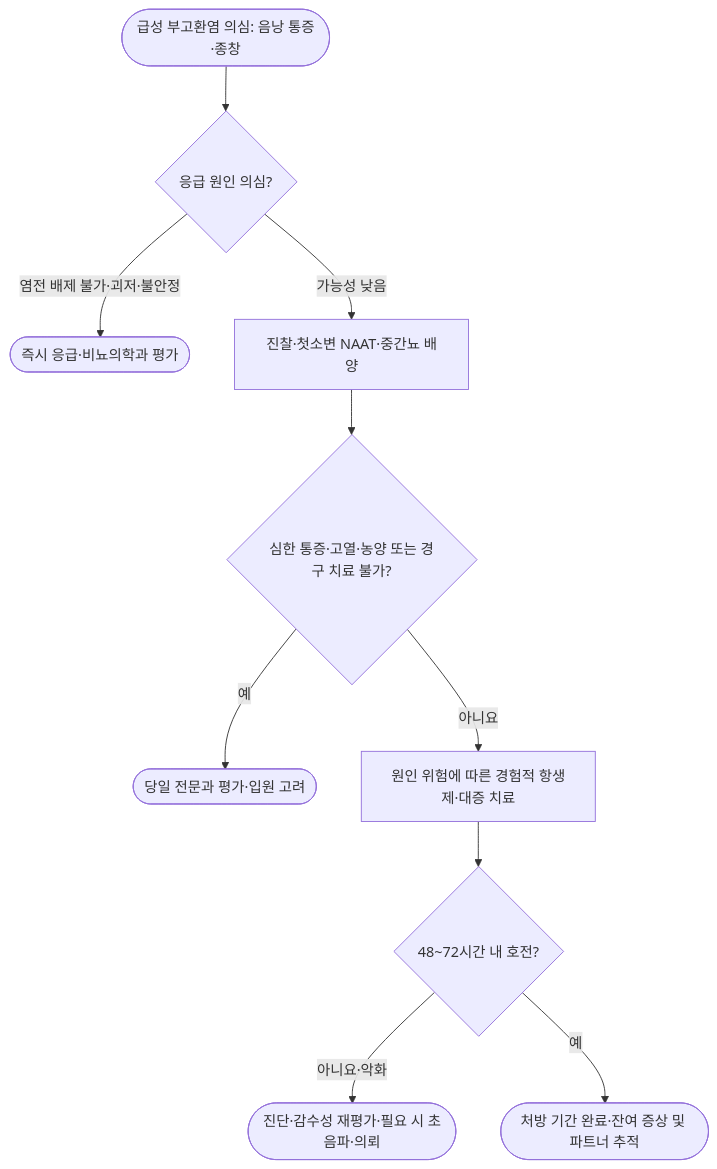
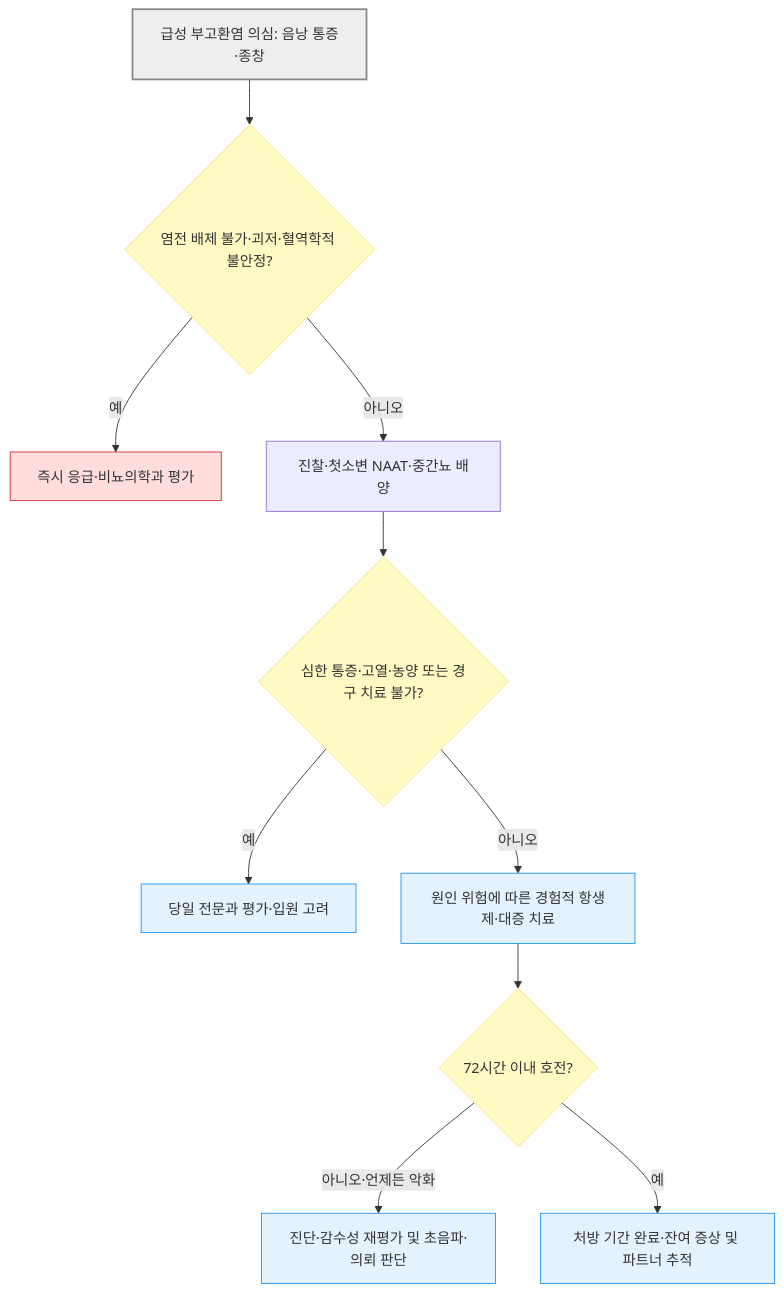
The diagram in 227_/121_-acute-epididymitis.md (familyoh77/familyoh77), drawn with Mermaid before and after one commit. The commit also changed other lines of this file and 5 other files, not shown here.

````diff
--- a/227_/121_-acute-epididymitis.md
+++ b/227_/121_-acute-epididymitis.md
@@ -102,12 +102,19 @@
 ```mermaid
 flowchart TD
-    Start([급성 부고환염 의심: 음낭 통증·종창]) --> Risk{응급 원인 의심?}
-    Risk -->|염전 배제 불가·괴저·불안정| Urgent([즉시 응급·비뇨의학과 평가])
-    Risk -->|가능성 낮음| Work[진찰·첫소변 NAAT·중간뇨 배양]
-    Work --> Severe{심한 통증·고열·농양 또는 경구 치료 불가?}
-    Severe -->|예| Admit([당일 전문과 평가·입원 고려])
-    Severe -->|아니요| Treat[원인 위험에 따른 경험적 항생제·대증 치료]
-    Treat --> Review{48~72시간 내 호전?}
-    Review -->|아니요·악화| Recheck([진단·감수성 재평가·필요 시 초음파·의뢰])
-    Review -->|예| Finish([처방 기간 완료·잔여 증상 및 파트너 추적])
+    Start["급성 부고환염 의심: 음낭 통증·종창"] --> Risk{"염전 배제 불가·괴저·혈역학적 불안정?"}
+    Risk -- "예" --> Urgent["즉시 응급·비뇨의학과 평가"]
+    Risk -- "아니오" --> Work["진찰·첫소변 NAAT·중간뇨 배양"]
+    Work --> Severe{"심한 통증·고열·농양 또는 경구 치료 불가?"}
+    Severe -- "예" --> Admit["당일 전문과 평가·입원 고려"]
+    Severe -- "아니오" --> Treat["원인 위험에 따른 경험적 항생제·대증 치료"]
+    Treat --> Review{"72시간 이내 호전?"}
+    Review -- "아니오·언제든 악화" --> Recheck["진단·감수성 재평가 및 초음파·의뢰 판단"]
+    Review -- "예" --> Finish["처방 기간 완료·잔여 증상 및 파트너 추적"]
+    classDef question fill:#fff9c4,stroke:#ffe082
+    classDef emergency fill:#ffdddd,stroke:#d32f2f
+    classDef treatment fill:#e3f2fd,stroke:#2196f3
+    class Risk,Severe,Review question
+    class Urgent emergency
+    class Admit,Treat,Recheck,Finish treatment
+    style Start fill:#eeeeee,stroke:#888888,stroke-width:2px
 ```
````
